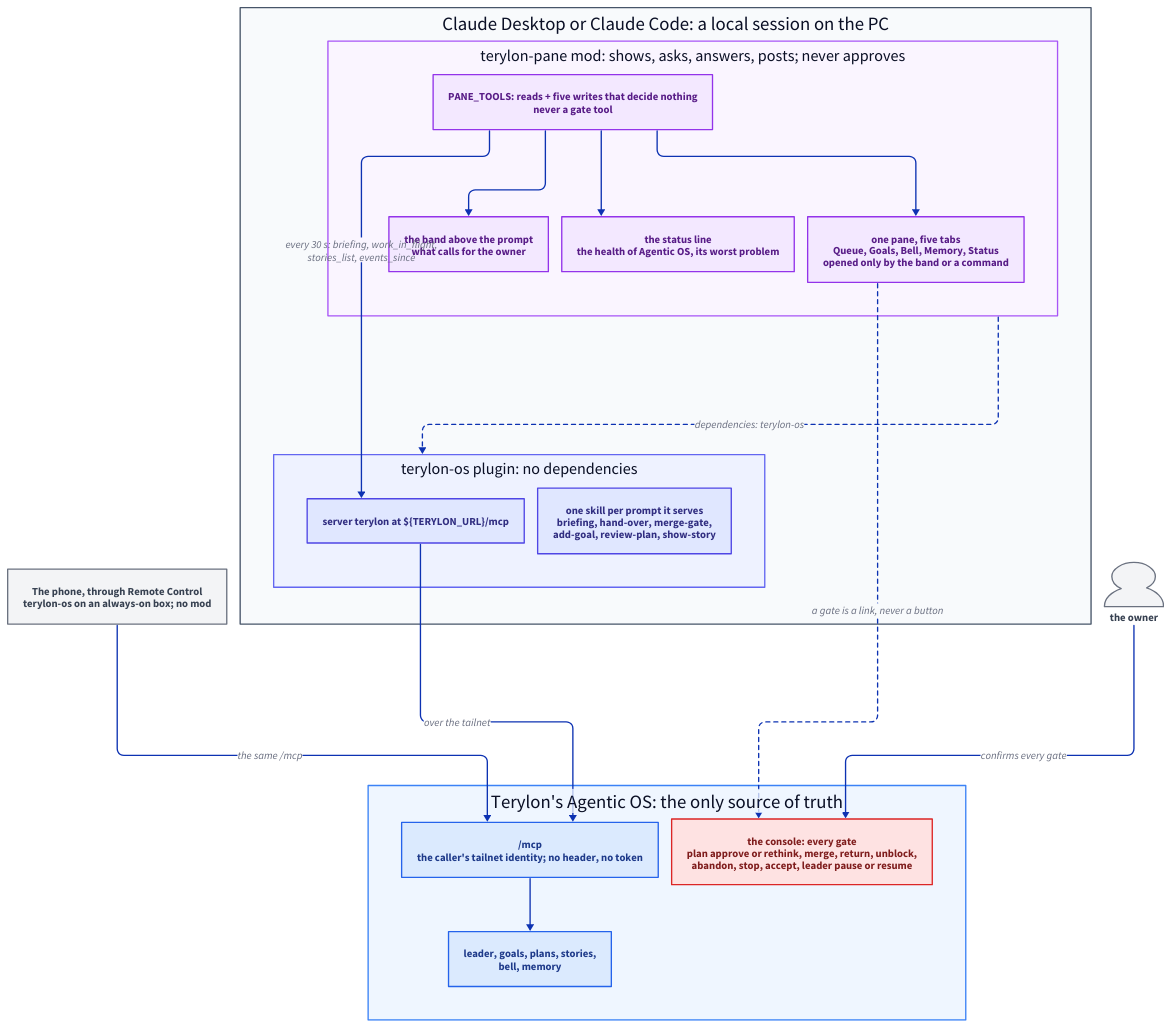
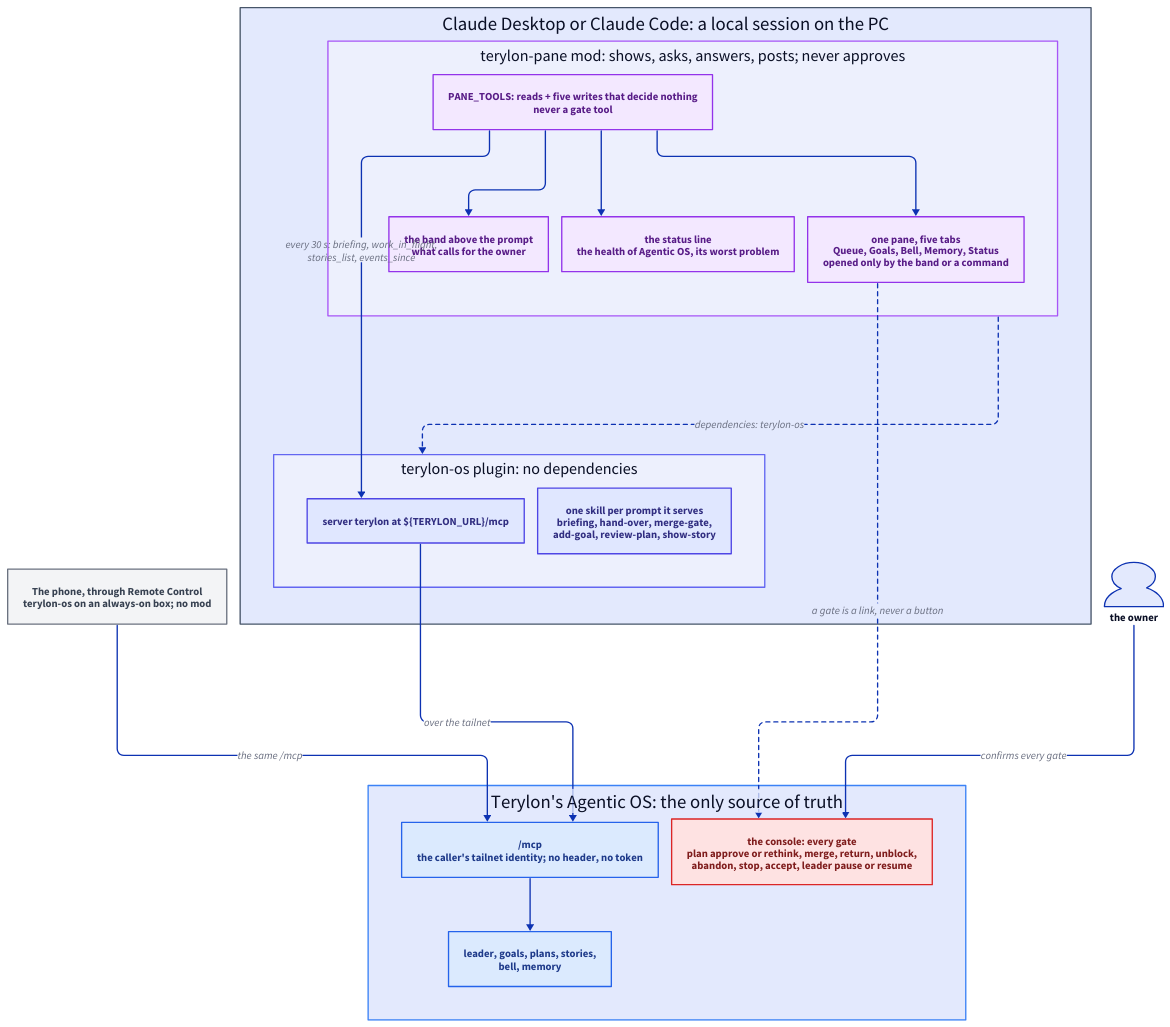
The diagram in docs/architecture/terylon-os-and-pane.d2 (janecekvit/terylon-marketplace), drawn with D2 before and after one commit. The commit also changed 11 other files, not shown here.

First line of the commit message:
Draw the root README's plugin graph from D2, in both themes (#19)

```diff
--- a/docs/architecture/terylon-os-and-pane.d2
+++ b/docs/architecture/terylon-os-and-pane.d2
@@ -1,115 +1,112 @@
 # terylon-os and its mod terylon-pane: how a session reaches Terylon's Agentic OS, and why the
 # gates stay in the console.
 # Source of truth for terylon-os-and-pane.svg beside it: edit this file, then run
 # node Scripts/render-diagrams.js and commit both.
 # Why every surface goes through the one /mcp: one-source-of-truth-reached-from-two-places.md.
 vars: {
   d2-config: {
     layout-engine: elk
   }
 }
 
 direction: down
 
 # One colour per kind: the plugin (indigo), the mod (violet), Agentic OS (blue), gates (red),
-# the person and the phone (grey).
+# the phone (grey); the owner takes the theme's. A container has a stroke and no fill, so the theme
+# fills it in light and dark mode alike: .claude/rules/markdown.md says why.
 classes: {
   plugin: {
     style: {
       fill: "#E0E7FF"
       stroke: "#4F46E5"
       font-color: "#312E81"
     }
   }
   mod: {
     style: {
       fill: "#F3E8FF"
       stroke: "#9333EA"
       font-color: "#581C87"
     }
   }
   system: {
     style: {
       fill: "#DBEAFE"
       stroke: "#2563EB"
       font-color: "#1E3A8A"
     }
   }
   gate: {
     style: {
       fill: "#FEE2E2"
       stroke: "#DC2626"
       font-color: "#7F1D1D"
     }
   }
   external: {
     style: {
       fill: "#F3F4F6"
       stroke: "#6B7280"
       font-color: "#374151"
     }
   }
 }
 
 session: "Claude Desktop or Claude Code: a local session on the PC" {
   style: {
-    fill: "#F8FAFC"
     stroke: "#475569"
   }
 
   os: "terylon-os plugin: no dependencies" {
     style: {
-      fill: "#EEF2FF"
       stroke: "#6366F1"
     }
 
     # A single-quoted string: D2 substitutes nothing inside it, so the variable is drawn as written.
     server: 'server terylon at ${TERYLON_URL}/mcp' {class: plugin}
     skills: "one skill per prompt it serves\nbriefing, hand-over, merge-gate,\nadd-goal, review-plan, show-story" {class: plugin}
   }
 
   pane: "terylon-pane mod: shows, asks, answers, posts; never approves" {
     style: {
-      fill: "#FAF5FF"
       stroke: "#A855F7"
     }
 
     allow_list: "PANE_TOOLS: reads + five writes that decide nothing\nnever a gate tool" {class: mod}
     band: "the band above the prompt\nwhat calls for the owner" {class: mod}
     status_line: "the status line\nthe health of Agentic OS, its worst problem" {class: mod}
     tabs: "one pane, five tabs\nQueue, Goals, Bell, Memory, Status\nopened only by the band or a command" {class: mod}
   }
 }
 
 phone: "The phone, through Remote Control\nterylon-os on an always-on box; no mod" {class: external}
 
 terylon: "Terylon's Agentic OS: the only source of truth" {
   style: {
-    fill: "#EFF6FF"
     stroke: "#3B82F6"
   }
 
   mcp: "/mcp\nthe caller's tailnet identity; no header, no token" {class: system}
   leader: "leader, goals, plans, stories,\nbell, memory" {class: system}
   console: "the console: every gate\nplan approve or rethink, merge, return, unblock,\nabandon, stop, accept, leader pause or resume" {class: gate}
 }
 
+# No class: its label sits outside the shape, on the background, so it takes the theme's colours.
 person: "the owner" {
   shape: person
-  class: external
 }
 
 session.pane -> session.os: "dependencies: terylon-os" {
   style.stroke-dash: 3
 }
 session.os.server -> terylon.mcp: "over the tailnet"
 session.pane.allow_list -> session.os.server: "every 30 s: briefing, work_in_flight,\nstories_list, events_since"
 session.pane.allow_list -> session.pane.band
 session.pane.allow_list -> session.pane.status_line
 session.pane.allow_list -> session.pane.tabs
 session.pane.tabs -> terylon.console: "a gate is a link, never a button" {
   style.stroke-dash: 3
 }
 phone -> terylon.mcp: "the same /mcp"
 terylon.mcp -> terylon.leader
 person -> terylon.console: "confirms every gate"
```
